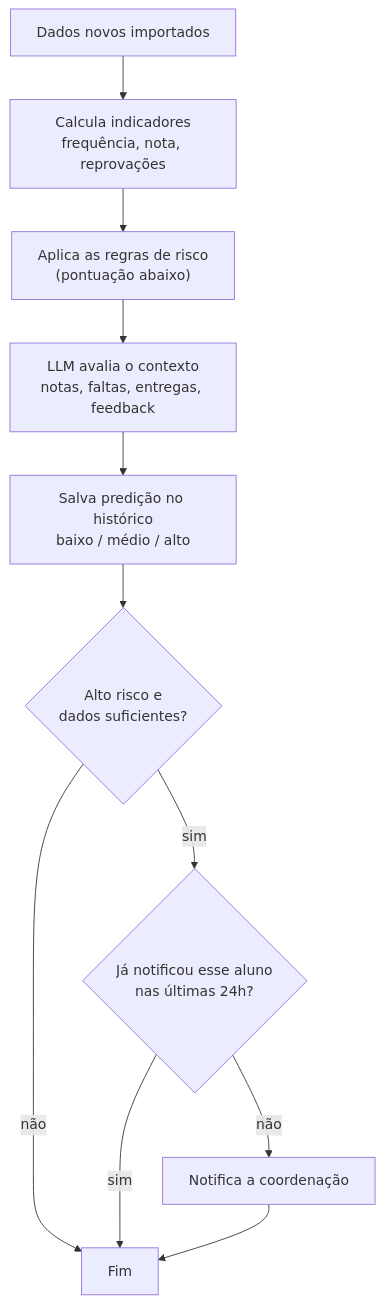
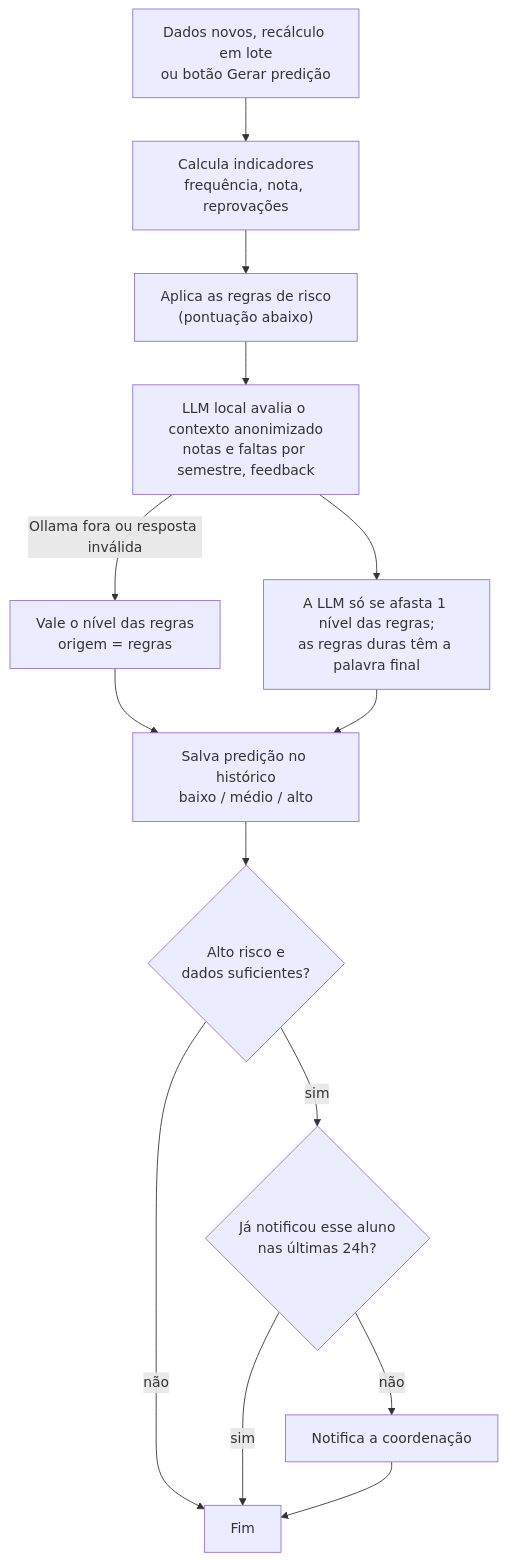
The third of 4 diagrams in readme.md (DiegoGDutra/Projeto-Espiada), drawn with Mermaid before and after one commit. The commit also changed other lines of this file and 43 other files, not shown here.

````diff
--- a/readme.md
+++ b/readme.md
@@ -249,12 +265,15 @@
 ```mermaid
 flowchart TD
-    N["Dados novos importados"] --> I["Calcula indicadores<br/>frequência, nota, reprovações"]
+    N["Dados novos, recálculo em lote<br/>ou botão Gerar predição"] --> I["Calcula indicadores<br/>frequência, nota, reprovações"]
     I --> R["Aplica as regras de risco<br/>(pontuação abaixo)"]
-    R --> L["LLM avalia o contexto<br/>notas, faltas, entregas, feedback"]
-    L --> S["Salva predição no histórico<br/>baixo / médio / alto"]
+    R --> L["LLM local avalia o contexto anonimizado<br/>notas e faltas por semestre, feedback"]
+    L -->|Ollama fora ou resposta inválida| R2["Vale o nível das regras<br/>origem = regras"]
+    L --> D1["A LLM só se afasta 1 nível das regras;<br/>as regras duras têm a palavra final"]
+    R2 --> S
+    D1 --> S["Salva predição no histórico<br/>baixo / médio / alto"]
     S --> Q{"Alto risco e<br/>dados suficientes?"}
     Q -->|não| F["Fim"]
     Q -->|sim| D{"Já notificou esse aluno<br/>nas últimas 24h?"}
     D -->|sim| F
     D -->|não| W["Notifica a coordenação"] --> F
 ```
````
